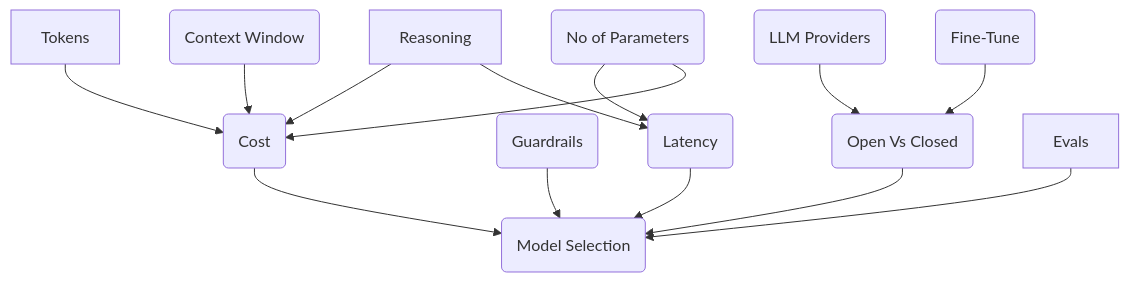
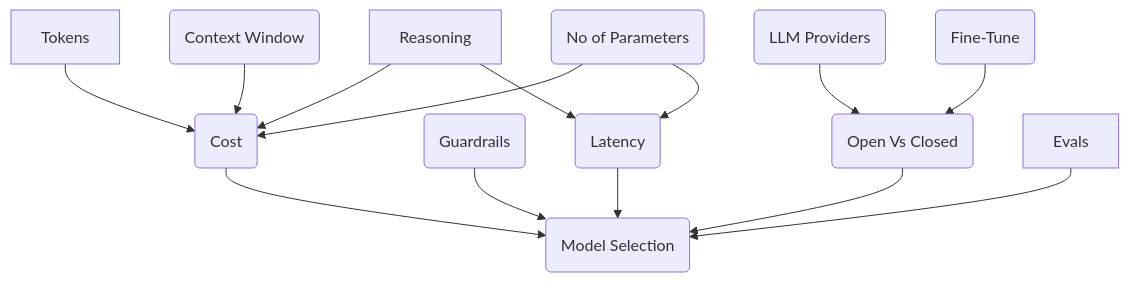
The first of 2 diagrams in examples/ai-engineer-roadmap/02-how-to-choose-an-llm/article.md (zxkevinxz/ai-hero), drawn with Mermaid before and after one commit. The commit also changed other lines of this file and 3 other files, not shown here.

````diff
--- a/examples/ai-engineer-roadmap/02-how-to-choose-an-llm/article.md
+++ b/examples/ai-engineer-roadmap/02-how-to-choose-an-llm/article.md
@@ -3,26 +3,26 @@
 ```mermaid
 flowchart
   Choose(Model Selection)
   O(Open Vs Closed)
   G(Guardrails)
   CW(Context Window)
   P(No of Parameters)
   L(Latency)
   F(Fine-Tune)
   Cost(Cost)
   Reasoning --> Cost
   Reasoning --> L
   Evals --> Choose
   PR(LLM Providers)
 
   Tokens --> Cost
   PR --> O
   CW --> Cost
   F --> O
   Cost --> Choose
+  P --> Cost
   P --> L
   L --> Choose
   O --> Choose
-  P --> Cost
   G --> Choose
 ```
````
